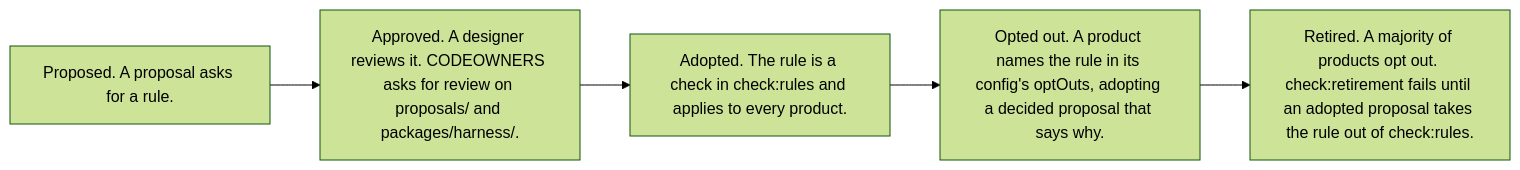
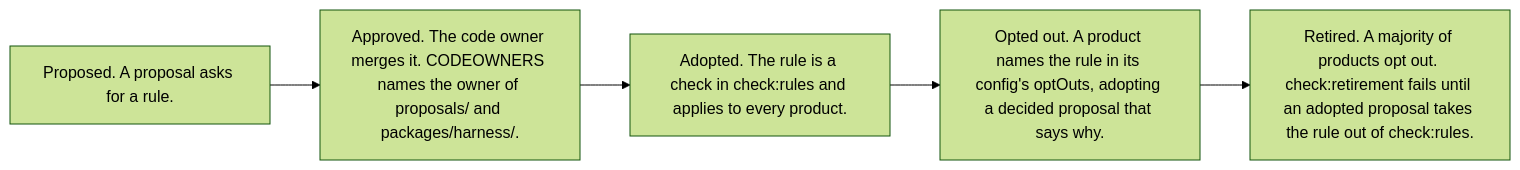
One commit to tounsoo/agent-design-loop changed the fifth of 7 diagrams in packages/harness/docs/how-it-works.md. Above: the diagram before and after it, drawn with Mermaid (forest theme). The commit also changed other lines of this file and 31 other files, not shown here.

````diff
--- a/packages/harness/docs/how-it-works.md
+++ b/packages/harness/docs/how-it-works.md
@@ -339,9 +345,9 @@
 ```mermaid
 flowchart LR
   proposed["Proposed. A proposal asks for a rule."]
-  approved["Approved. A designer reviews it. CODEOWNERS asks for review on proposals/ and packages/harness/."]
+  approved["Approved. The code owner merges it. CODEOWNERS names the owner of proposals/ and packages/harness/."]
   adopted["Adopted. The rule is a check in check:rules and applies to every product."]
   optout["Opted out. A product names the rule in its config's optOuts, adopting a decided proposal that says why."]
   retired["Retired. A majority of products opt out. check:retirement fails until an adopted proposal takes the rule out of check:rules."]
   proposed --> approved --> adopted --> optout --> retired
 ```
````
